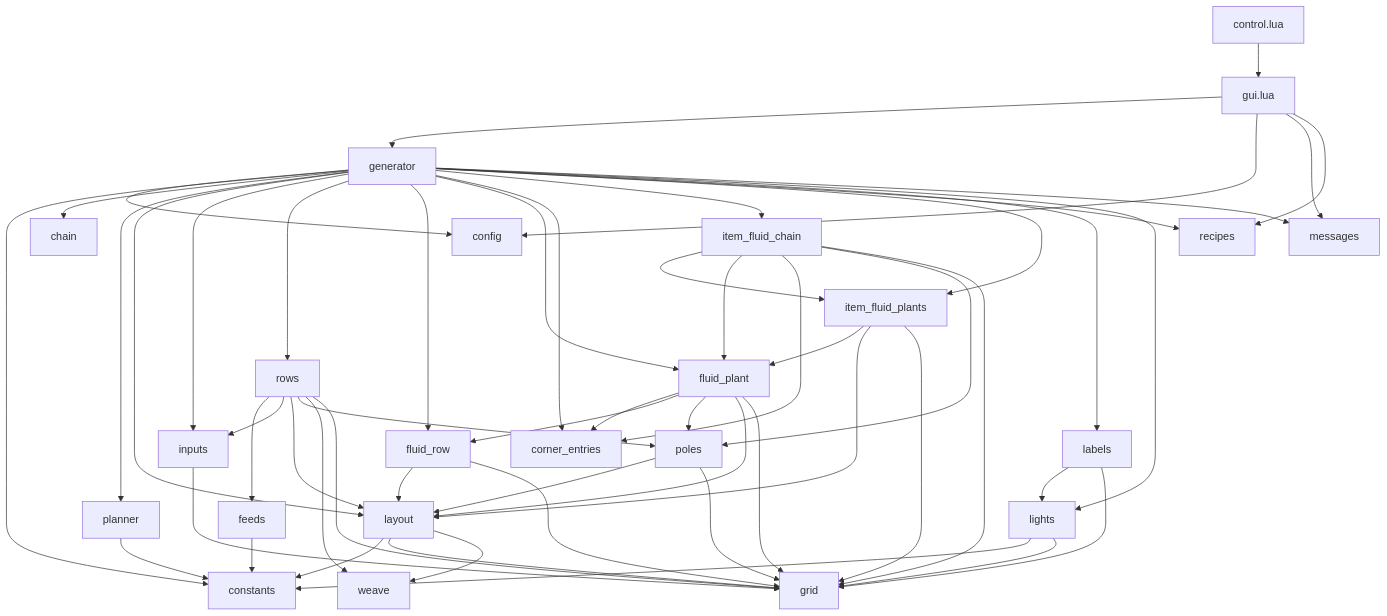
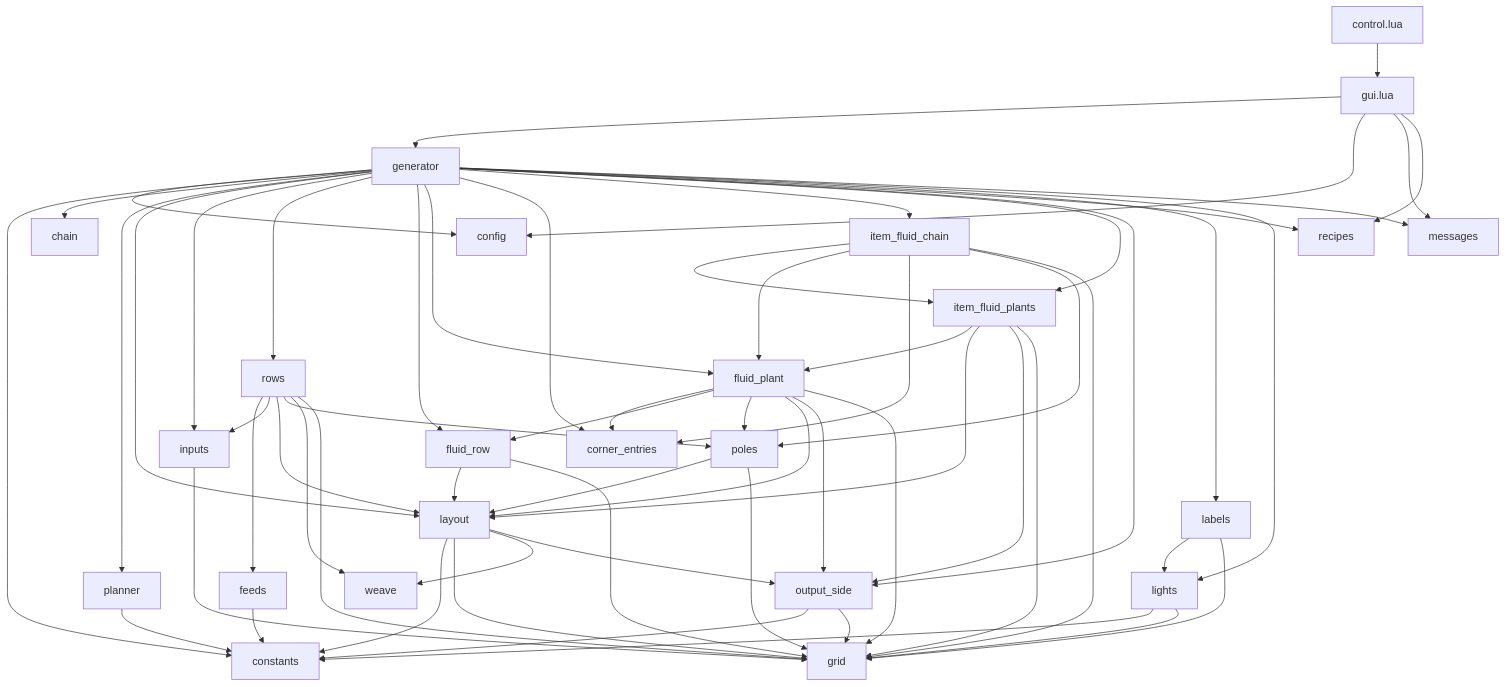
The second of 6 diagrams in TYPES.md (RibbonedAce/factorio-blueprint-generation), drawn with Mermaid before and after one commit. The commit also changed other lines of this file and 19 other files, not shown here.

````diff
--- a/TYPES.md
+++ b/TYPES.md
@@ -69,57 +71,63 @@
 ```mermaid
 flowchart TD
   control["control.lua"] --> gui["gui.lua"]
   gui --> generator
   gui --> config
   gui --> messages
   generator --> config
   generator --> constants
   generator --> chain
   generator --> planner
   generator --> layout
   generator --> inputs
   generator --> rows
   generator --> fluid_row
   generator --> fluid_plant
   generator --> corner_entries
   generator --> item_fluid_chain
   generator --> item_fluid_plants
+  generator --> output_side
   item_fluid_chain --> item_fluid_plants
   item_fluid_chain --> fluid_plant
   item_fluid_chain --> corner_entries
   item_fluid_chain --> poles
   item_fluid_chain --> grid
   item_fluid_plants --> fluid_plant
   item_fluid_plants --> layout
+  item_fluid_plants --> output_side
   item_fluid_plants --> grid
   fluid_plant --> corner_entries
   fluid_plant --> fluid_row
   fluid_plant --> poles
   fluid_plant --> layout
+  fluid_plant --> output_side
   fluid_plant --> grid
   generator --> recipes
   gui --> recipes
   fluid_row --> layout
   fluid_row --> grid
   generator --> labels
   generator --> lights
   labels --> lights
   labels --> grid
   generator --> messages
   lights --> constants
   lights --> grid
   rows --> feeds
   rows --> inputs
   rows --> layout
   rows --> poles
   rows --> weave
   rows --> grid
   poles --> layout
   poles --> grid
   layout --> constants
   layout --> grid
   layout --> weave
+  layout --> output_side
+  output_side --> constants
+  output_side --> grid
   planner --> constants
   feeds --> constants
   inputs --> grid
 ```
````
